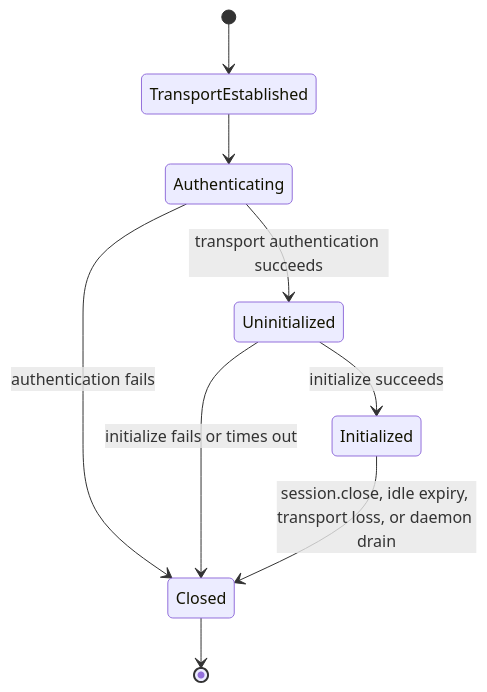
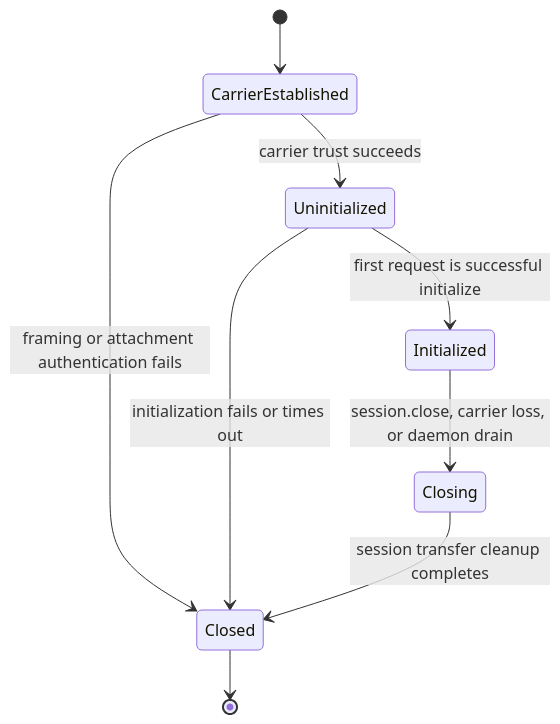
The second of 2 diagrams in spec/agent-envd/03-transports-and-sessions.md (LTThreeComma/agent-foundation), drawn with Mermaid before and after one commit. The commit also changed other lines of this file and 150 other files, not shown here.

````diff
--- a/spec/agent-envd/03-transports-and-sessions.md
+++ b/spec/agent-envd/03-transports-and-sessions.md
@@ -23,11 +60,11 @@
 ```mermaid
 stateDiagram-v2
-    [*] --> TransportEstablished
-    TransportEstablished --> Authenticating
-    Authenticating --> Uninitialized: transport authentication succeeds
-    Authenticating --> Closed: authentication fails
-    Uninitialized --> Initialized: initialize succeeds
-    Uninitialized --> Closed: initialize fails or times out
-    Initialized --> Closed: session.close, idle expiry, transport loss, or daemon drain
+    [*] --> CarrierEstablished
+    CarrierEstablished --> Uninitialized: carrier trust succeeds
+    CarrierEstablished --> Closed: framing or attachment authentication fails
+    Uninitialized --> Initialized: first request is successful initialize
+    Uninitialized --> Closed: initialization fails or times out
+    Initialized --> Closing: session.close, carrier loss, or daemon drain
+    Closing --> Closed: session transfer cleanup completes
     Closed --> [*]
 ```
````
